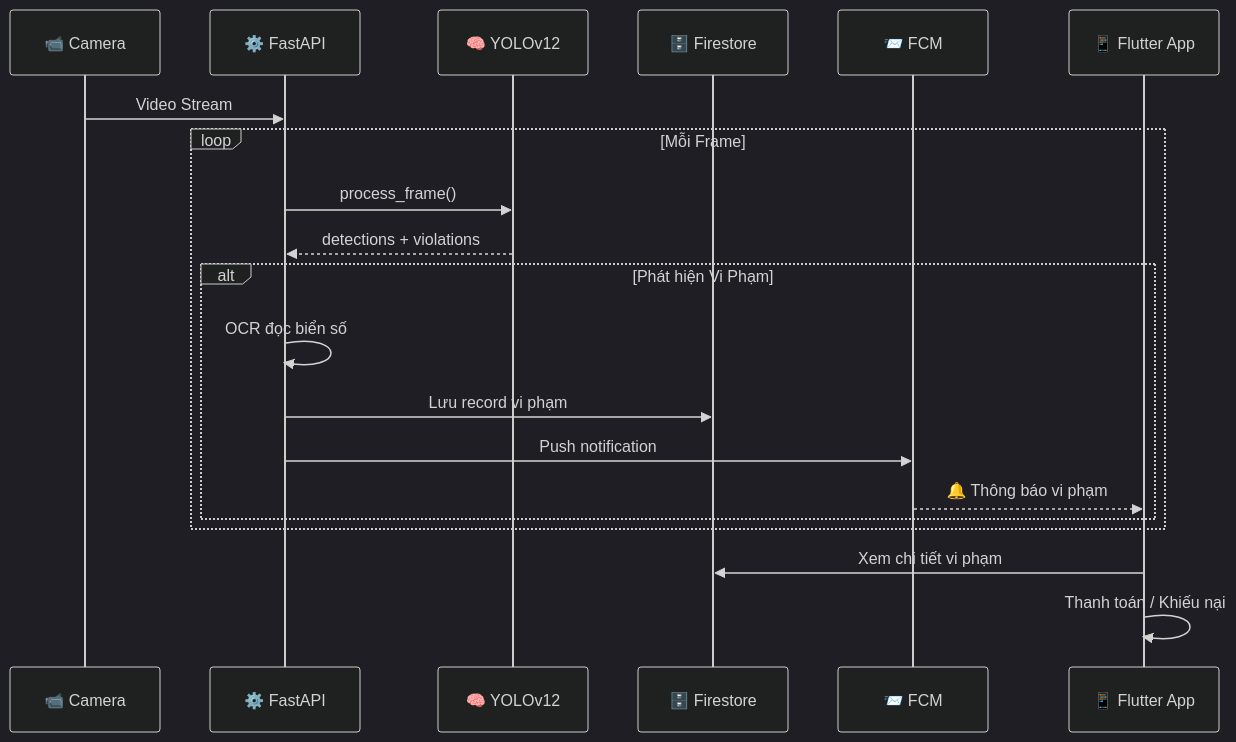
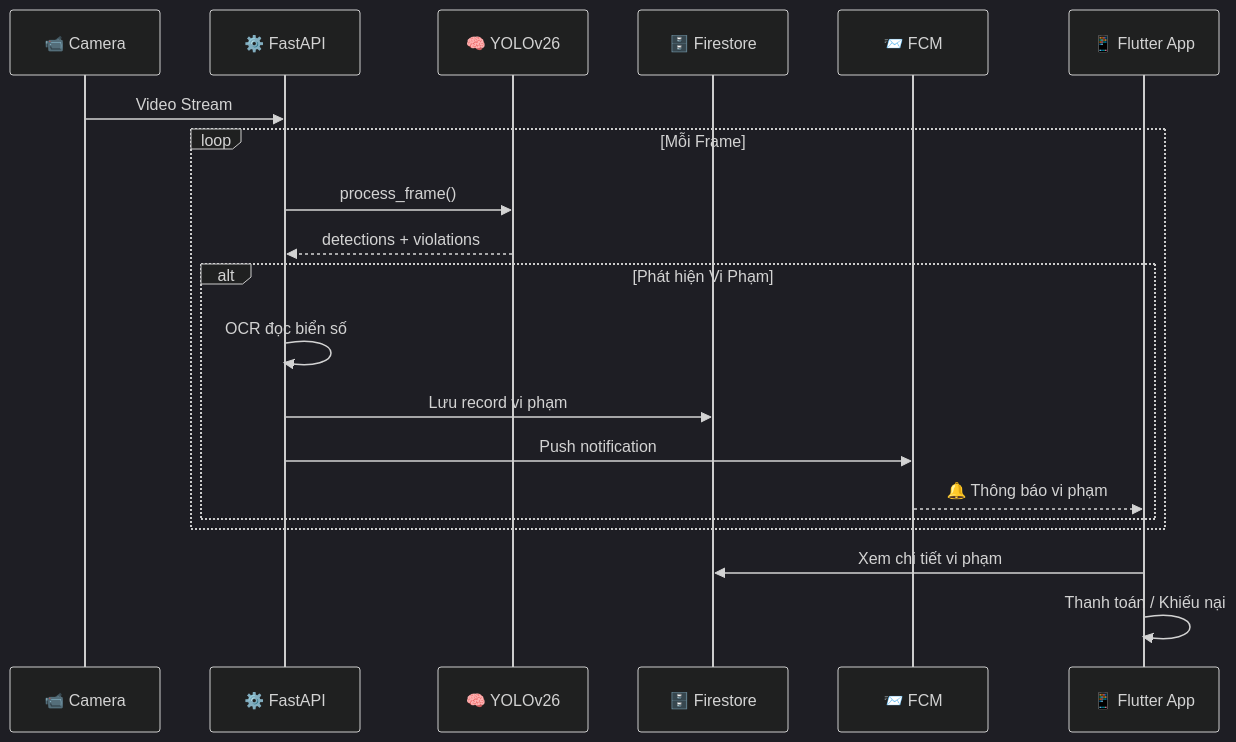
Before and after one commit to khanhbes/Violation-Detect: the second of 2 diagrams in README.md, drawn with Mermaid (dark theme). The commit also changed other lines of this file and 6 other files, not shown here.

Commit message:
docs: add backend architecture and setup documentation with project resources

````diff
--- a/README.md
+++ b/README.md
@@ -327,25 +327,25 @@
 ```mermaid
 sequenceDiagram
     participant Cam as 📹 Camera
     participant Server as ⚙️ FastAPI
-    participant AI as 🧠 YOLOv12
+    participant AI as 🧠 YOLOv26
     participant FS as 🗄️ Firestore
     participant FCM as 📨 FCM
     participant App as 📱 Flutter App
 
     Cam->>Server: Video Stream
     loop Mỗi Frame
         Server->>AI: process_frame()
         AI-->>Server: detections + violations
 
         alt Phát hiện Vi Phạm
             Server->>Server: OCR đọc biển số
             Server->>FS: Lưu record vi phạm
             Server->>FCM: Push notification
             FCM-->>App: 🔔 Thông báo vi phạm
         end
     end
 
     App->>FS: Xem chi tiết vi phạm
     App->>App: Thanh toán / Khiếu nại
 ```
````
